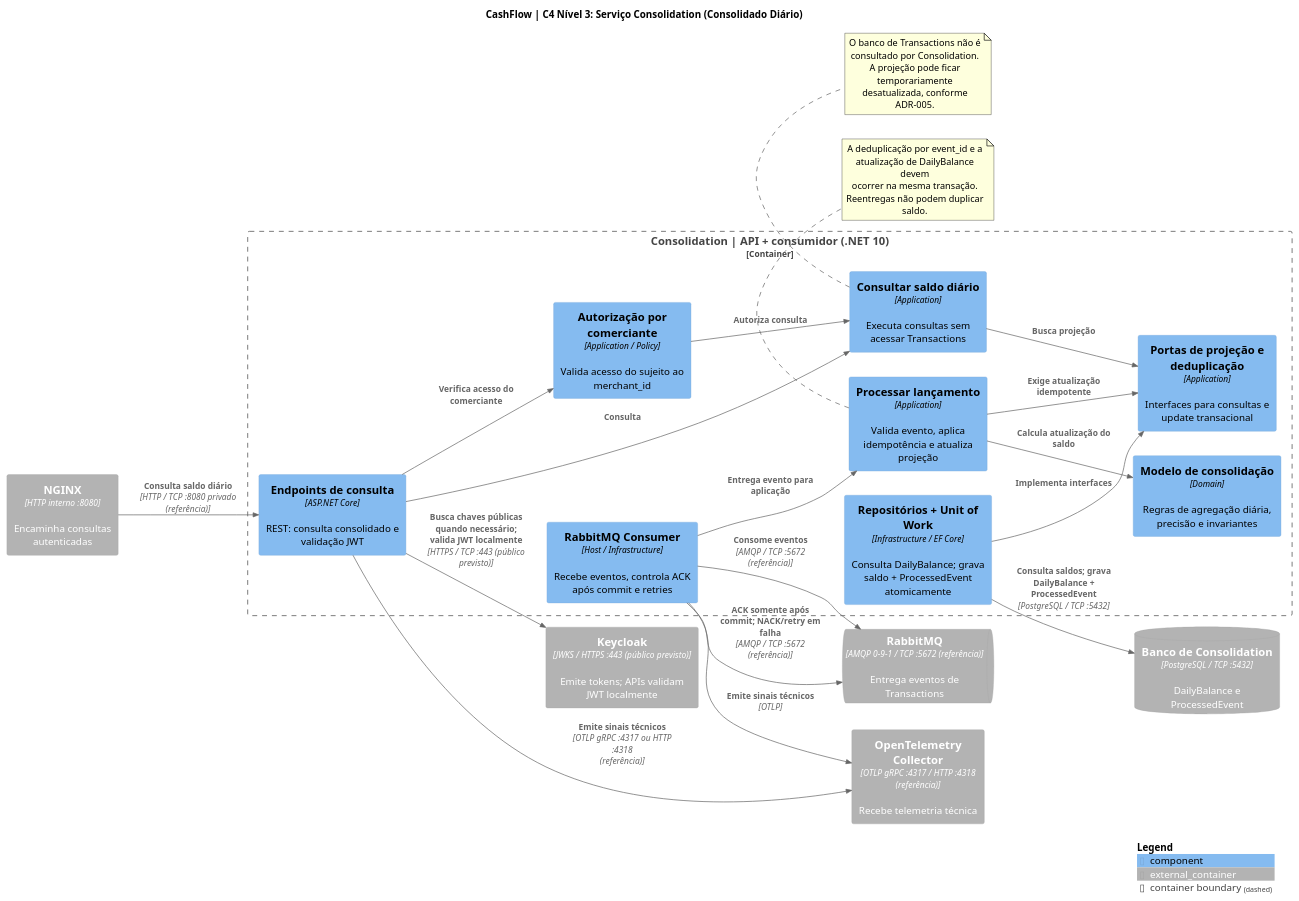
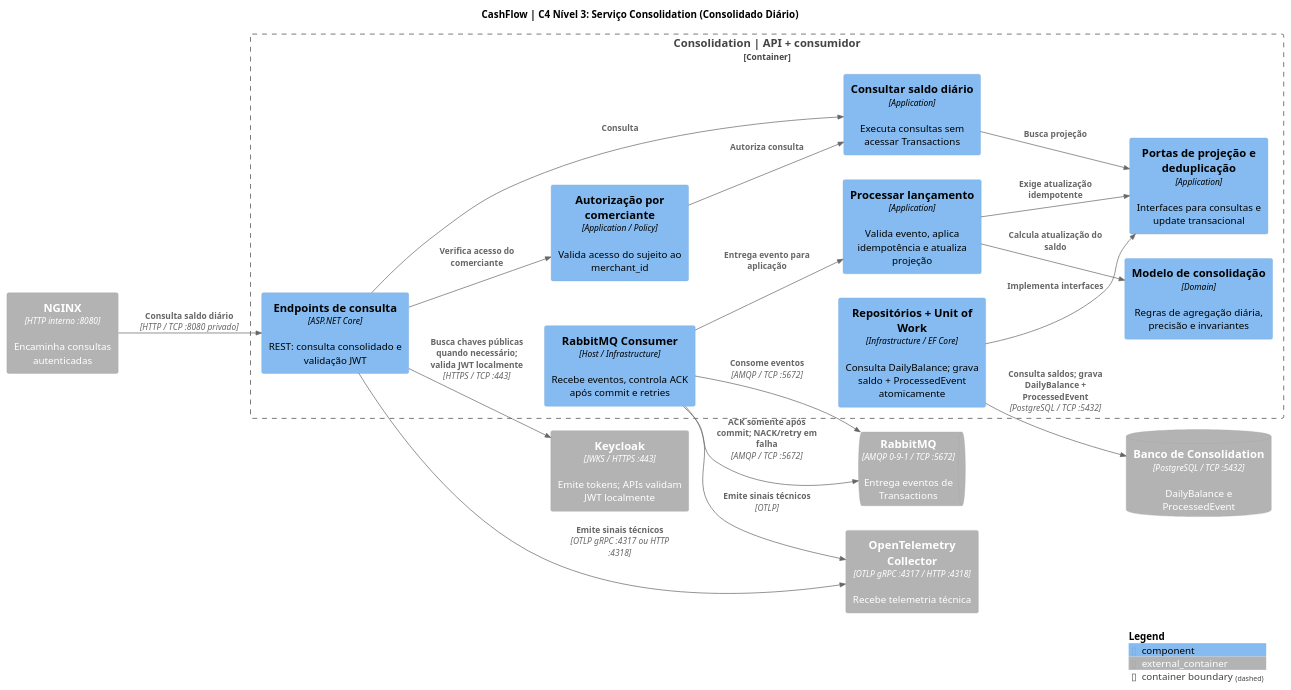
Before and after one commit to wolwerr/CashFlow-Architecture: the diagram in docs/architecture/plantuml/c4-components-consolidation.puml, drawn with PlantUML.

Commit message:
docs(c4): simplify L3 labels and move explanatory notes to Building Block View (#6)

```diff
--- a/docs/architecture/plantuml/c4-components-consolidation.puml
+++ b/docs/architecture/plantuml/c4-components-consolidation.puml
@@ -1,55 +1,41 @@
 @startuml CashFlow_Consolidation_Components
 !include <C4/C4_Component>
 
 title CashFlow | C4 Nível 3: Serviço Consolidation (Consolidado Diário)
 LAYOUT_LEFT_RIGHT()
 
 Container_Ext(nginx, "NGINX", "HTTP interno :8080", "Encaminha consultas autenticadas")
-Container_Ext(keycloak, "Keycloak", "JWKS / HTTPS :443 (público previsto)", "Emite tokens; APIs validam JWT localmente")
-ContainerQueue_Ext(rabbit, "RabbitMQ", "AMQP 0-9-1 / TCP :5672 (referência)", "Entrega eventos de Transactions")
+Container_Ext(keycloak, "Keycloak", "JWKS / HTTPS :443", "Emite tokens; APIs validam JWT localmente")
+ContainerQueue_Ext(rabbit, "RabbitMQ", "AMQP 0-9-1 / TCP :5672", "Entrega eventos de Transactions")
 ContainerDb_Ext(consolidationDb, "Banco de Consolidation", "PostgreSQL / TCP :5432", "DailyBalance e ProcessedEvent")
-Container_Ext(otel, "OpenTelemetry Collector", "OTLP gRPC :4317 / HTTP :4318 (referência)", "Recebe telemetria técnica")
+Container_Ext(otel, "OpenTelemetry Collector", "OTLP gRPC :4317 / HTTP :4318", "Recebe telemetria técnica")
 
-Container_Boundary(consolidation, "Consolidation | API + consumidor (.NET 10)") {
+Container_Boundary(consolidation, "Consolidation | API + consumidor") {
   Component(api, "Endpoints de consulta", "ASP.NET Core", "REST: consulta consolidado e validação JWT")
   Component(auth, "Autorização por comerciante", "Application / Policy", "Valida acesso do sujeito ao merchant_id")
   Component(query, "Consultar saldo diário", "Application", "Executa consultas sem acessar Transactions")
   Component(consumer, "RabbitMQ Consumer", "Host / Infrastructure", "Recebe eventos, controla ACK após commit e retries")
   Component(process, "Processar lançamento", "Application", "Valida evento, aplica idempotência e atualiza projeção")
   Component(domain, "Modelo de consolidação", "Domain", "Regras de agregação diária, precisão e invariantes")
   Component(ports, "Portas de projeção e deduplicação", "Application", "Interfaces para consultas e update transacional")
   Component(repo, "Repositórios + Unit of Work", "Infrastructure / EF Core", "Consulta DailyBalance; grava saldo + ProcessedEvent atomicamente")
 }
 
-Rel(nginx, api, "Consulta saldo diário", "HTTP / TCP :8080 privado (referência)")
-Rel(api, keycloak, "Busca chaves públicas quando necessário; valida JWT localmente", "HTTPS / TCP :443 (público previsto)")
+Rel(nginx, api, "Consulta saldo diário", "HTTP / TCP :8080 privado")
+Rel(api, keycloak, "Busca chaves públicas quando necessário; valida JWT localmente", "HTTPS / TCP :443")
 Rel(api, auth, "Verifica acesso do comerciante")
 Rel(auth, query, "Autoriza consulta")
 Rel(api, query, "Consulta")
 Rel(query, ports, "Busca projeção")
-Rel(consumer, rabbit, "Consome eventos", "AMQP / TCP :5672 (referência)")
+Rel(consumer, rabbit, "Consome eventos", "AMQP / TCP :5672")
 Rel(consumer, process, "Entrega evento para aplicação")
 Rel(process, domain, "Calcula atualização do saldo")
 Rel(process, ports, "Exige atualização idempotente")
 Rel(repo, ports, "Implementa interfaces")
 Rel(repo, consolidationDb, "Consulta saldos; grava DailyBalance + ProcessedEvent", "PostgreSQL / TCP :5432")
-Rel(consumer, rabbit, "ACK somente após commit; NACK/retry em falha", "AMQP / TCP :5672 (referência)")
-Rel(api, otel, "Emite sinais técnicos", "OTLP gRPC :4317 ou HTTP :4318 (referência)")
+Rel(consumer, rabbit, "ACK somente após commit; NACK/retry em falha", "AMQP / TCP :5672")
+Rel(api, otel, "Emite sinais técnicos", "OTLP gRPC :4317 ou HTTP :4318")
 Rel(consumer, otel, "Emite sinais técnicos", "OTLP")
-
-note bottom of process
-  A deduplicação por event_id e a
-  atualização de DailyBalance devem
-  ocorrer na mesma transação.
-  Reentregas não podem duplicar saldo.
-end note
-
-note bottom of query
-  O banco de Transactions não é
-  consultado por Consolidation.
-  A projeção pode ficar temporariamente
-  desatualizada, conforme ADR-005.
-end note
 
 SHOW_LEGEND()
 @enduml
```
